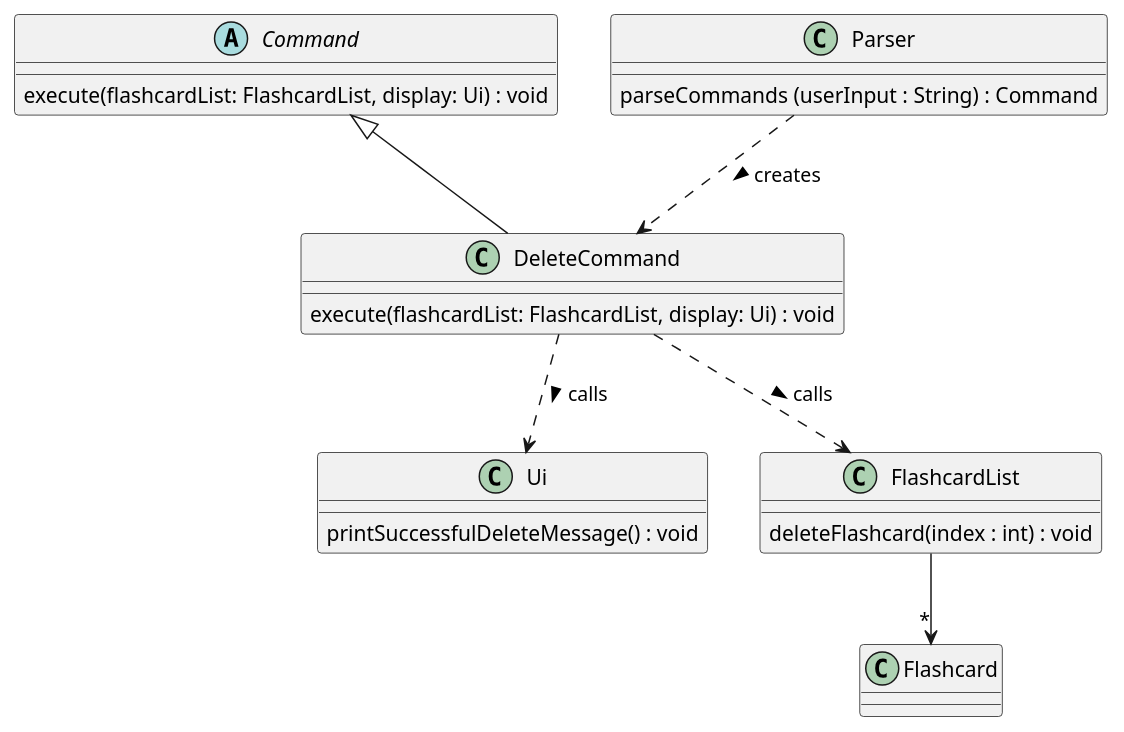
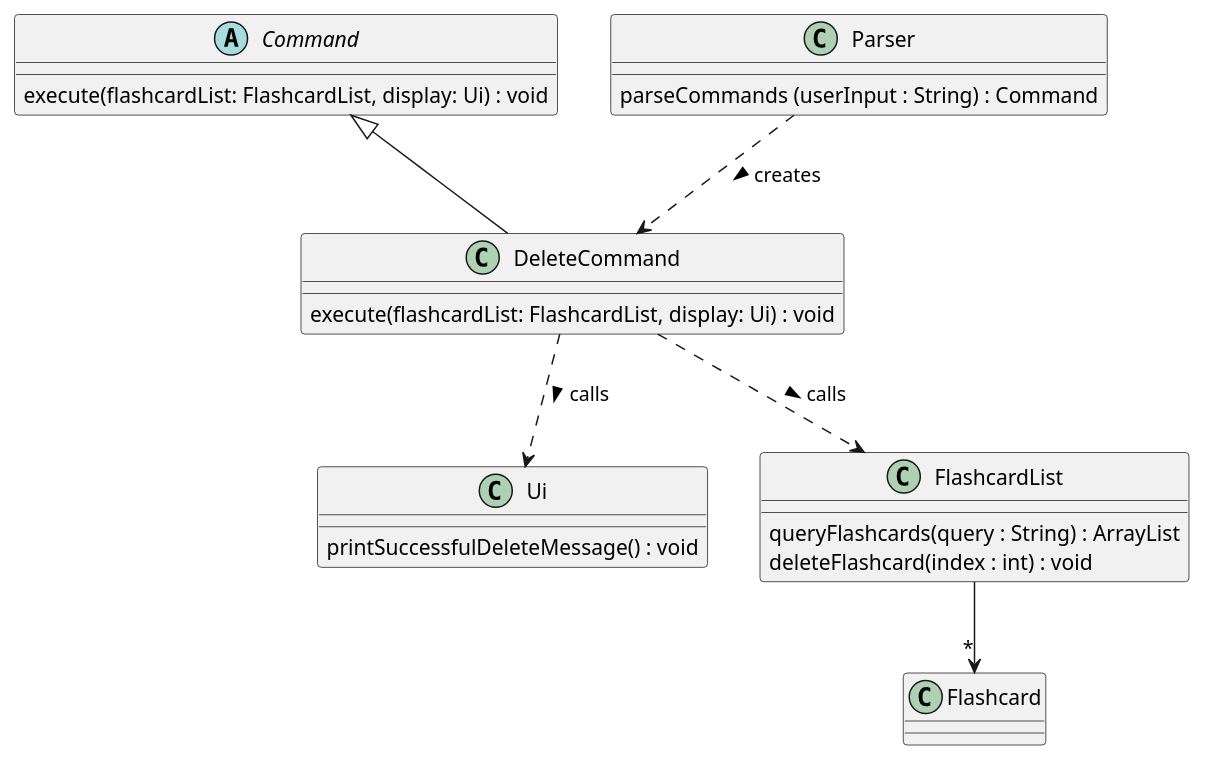
Before and after one commit to nus-cs2113-AY2223S2/tp: the diagram in docs/umlDiagrams/DeleteFlashcardClassDiagram.puml, drawn with PlantUML. The commit also changed 2 other files, not shown here.

```diff
--- a/docs/umlDiagrams/DeleteFlashcardClassDiagram.puml
+++ b/docs/umlDiagrams/DeleteFlashcardClassDiagram.puml
@@ -1,22 +1,23 @@
 @startuml
 
 'https://plantuml.com/class-diagram
 abstract Command
 Command : execute(flashcardList: FlashcardList, display: Ui) : void
 class DeleteCommand
 DeleteCommand : execute(flashcardList: FlashcardList, display: Ui) : void
 class Ui
 Ui : printSuccessfulDeleteMessage() : void
 class FlashcardList
+FlashcardList : queryFlashcards(query : String) : ArrayList
 FlashcardList : deleteFlashcard(index : int) : void
 class Flashcard
 class Parser
 Parser : parseCommands (userInput : String) : Command
 
 Command <|-- DeleteCommand
 DeleteCommand ..> Ui : calls >
 DeleteCommand ..> FlashcardList : calls >
 Parser ..> DeleteCommand : creates >
 FlashcardList --> "*" Flashcard
 
 @enduml
```
